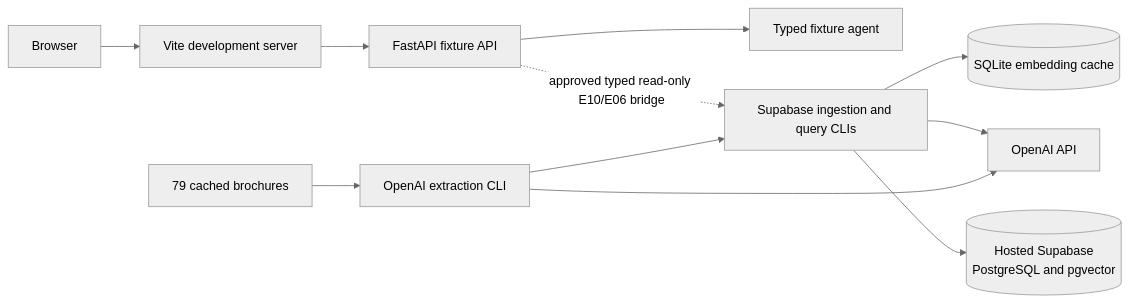
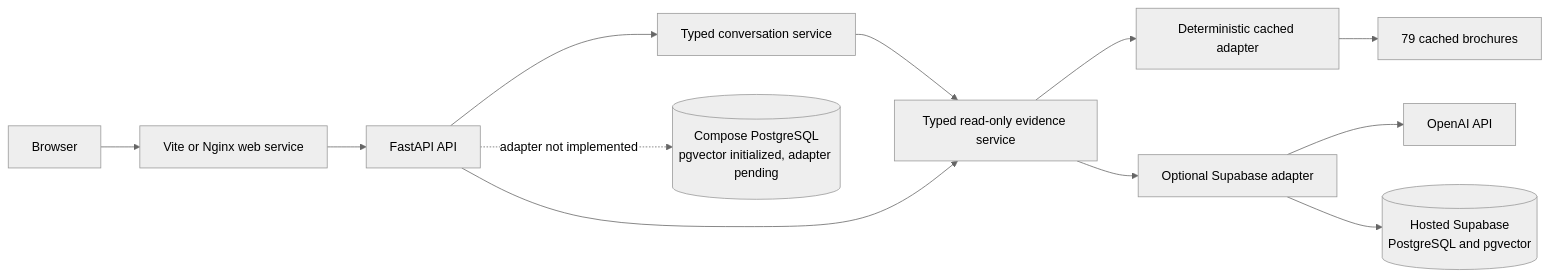
One commit to dgxy2002/sn-hackathon changed the first of 2 diagrams in docs/diagrams/local-topology.md. Above: the diagram before and after it, drawn with Mermaid (neutral theme). The commit also changed other lines of this file and 32 other files, not shown here.

Commit message:
feat: integrate cached evidence website flow

````diff
--- a/docs/diagrams/local-topology.md
+++ b/docs/diagrams/local-topology.md
@@ -7,27 +7,27 @@
 ```mermaid
 flowchart LR
     Browser[Browser]
-    Web[Vite development server]
-    FixtureAPI[FastAPI fixture API]
-    Agent[Typed fixture agent]
+    Web[Vite or Nginx web service]
+    API[FastAPI API]
+    Agent[Typed conversation service]
+    Evidence[Typed read-only evidence service]
 
     Corpus[79 cached brochures]
-    Extract[OpenAI extraction CLI]
-    RAG[Supabase ingestion and query CLIs]
-    Cache[(SQLite embedding cache)]
+    Cached[Deterministic cached adapter]
+    Live[Optional Supabase adapter]
     OpenAI[OpenAI API]
     Supabase[(Hosted Supabase<br/>PostgreSQL and pgvector)]
+    LocalDB[(Compose PostgreSQL<br/>pgvector initialized, adapter pending)]
 
     Browser --> Web
-    Web --> FixtureAPI
-    FixtureAPI --> Agent
-
-    Corpus --> Extract
-    Extract --> OpenAI
-    Extract --> RAG
-    RAG --> OpenAI
-    RAG --> Cache
-    RAG --> Supabase
-
-    FixtureAPI -. approved typed read-only E10/E06 bridge .-> RAG
+    Web --> API
+    API --> Agent
+    Agent --> Evidence
+    API --> Evidence
+    Evidence --> Cached
+    Cached --> Corpus
+    Evidence --> Live
+    Live --> OpenAI
+    Live --> Supabase
+    API -. adapter not implemented .-> LocalDB
 ```
````
